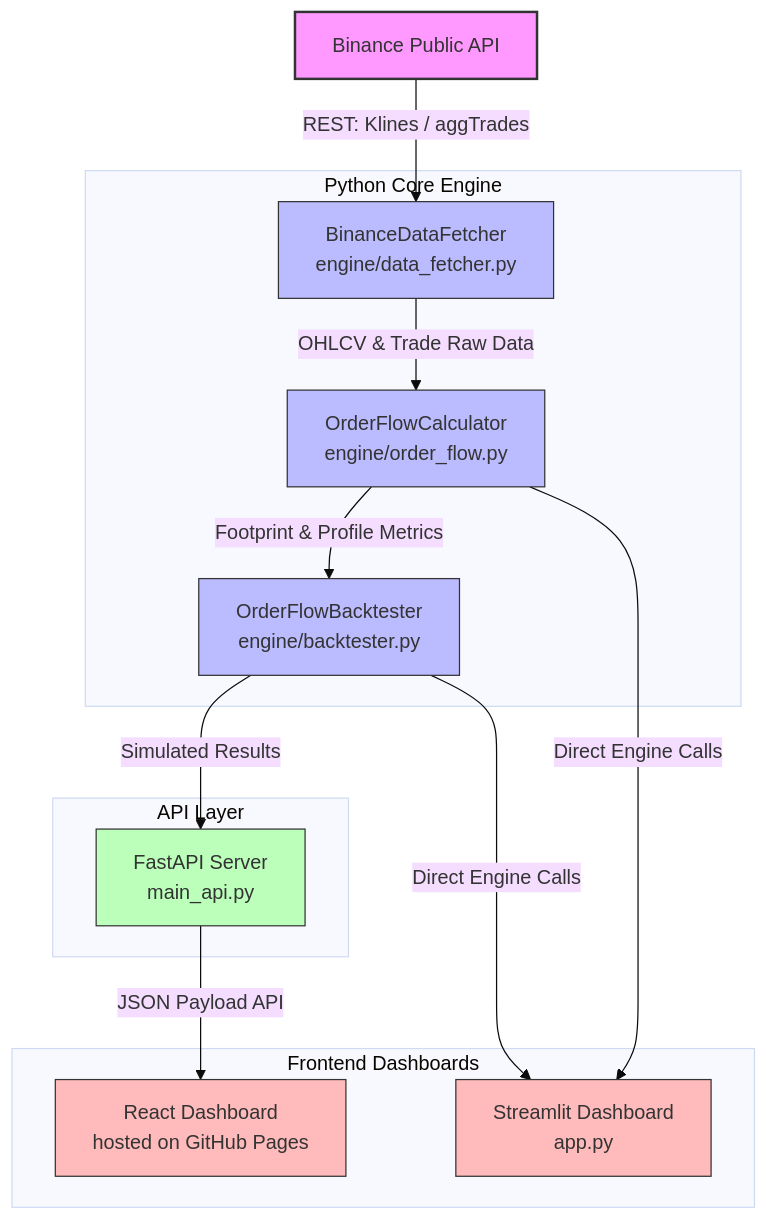
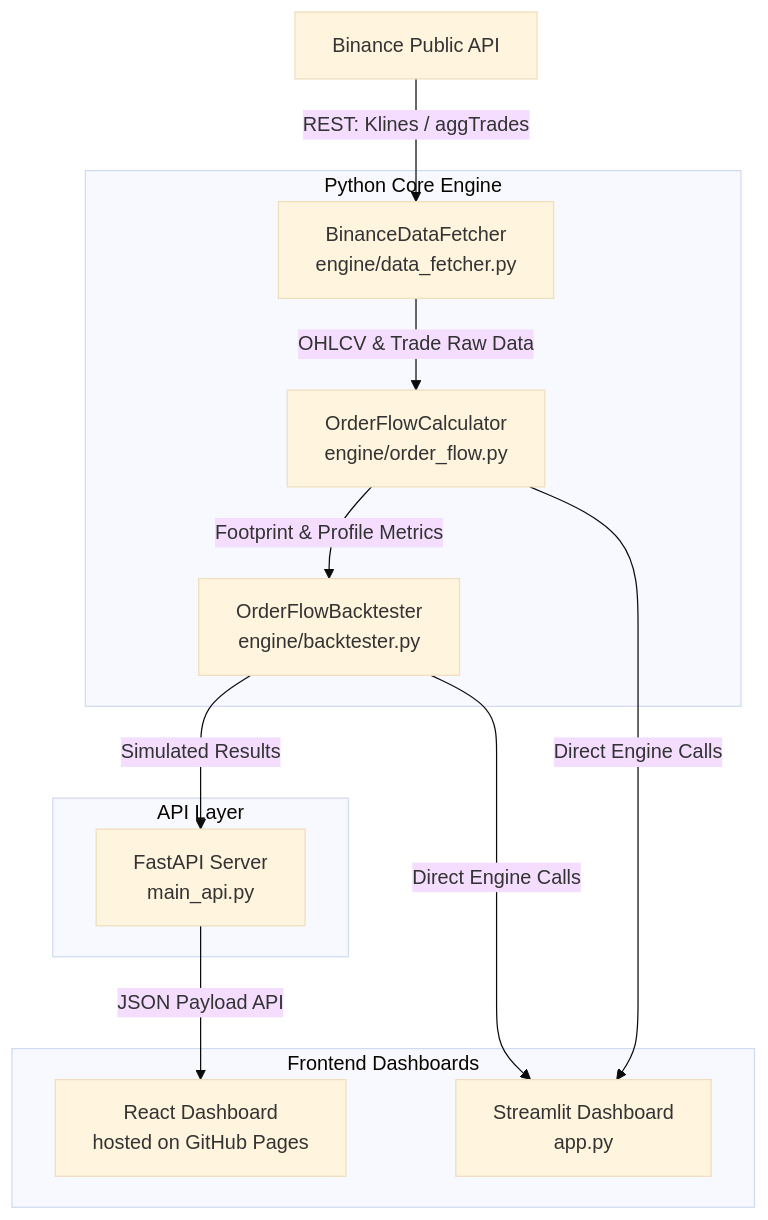
One commit to TabAh007/order-flow-trading-suite changed the diagram in README.md. Above: the diagram before and after it, drawn with Mermaid (base theme).

Commit message:
Improve Mermaid diagram design and contrast for readability

````diff
--- a/README.md
+++ b/README.md
@@ -38,33 +38,28 @@
 ```mermaid
 flowchart TD
-    classDef external fill:#f9f,stroke:#333,stroke-width:2px;
-    classDef engine fill:#bbf,stroke:#333,stroke-width:1px;
-    classDef api fill:#bfb,stroke:#333,stroke-width:1px;
-    classDef ui fill:#fbb,stroke:#333,stroke-width:1px;
-
-    Binance[Binance Public API]:::external
+    Binance[Binance Public API]
     
     subgraph BackendEngine [Python Core Engine]
-        Fetcher[BinanceDataFetcher\nengine/data_fetcher.py]:::engine
-        Calculator[OrderFlowCalculator\nengine/order_flow.py]:::engine
-        Backtester[OrderFlowBacktester\nengine/backtester.py]:::engine
+        Fetcher[BinanceDataFetcher<br>engine/data_fetcher.py]
+        Calculator[OrderFlowCalculator<br>engine/order_flow.py]
+        Backtester[OrderFlowBacktester<br>engine/backtester.py]
     end
 
     subgraph Server [API Layer]
-        FastAPI[FastAPI Server\nmain_api.py]:::api
+        FastAPI[FastAPI Server<br>main_api.py]
     end
 
     subgraph Clients [Frontend Dashboards]
-        ReactDash[React Dashboard\nhosted on GitHub Pages]:::ui
-        StreamlitDash[Streamlit Dashboard\napp.py]:::ui
+        ReactDash[React Dashboard<br>hosted on GitHub Pages]
+        StreamlitDash[Streamlit Dashboard<br>app.py]
     end
 
     %% Data flow mapping
     Binance -->|REST: Klines / aggTrades| Fetcher
     Fetcher -->|OHLCV & Trade Raw Data| Calculator
     Calculator -->|Footprint & Profile Metrics| Backtester
     Backtester -->|Simulated Results| FastAPI
     FastAPI -->|JSON Payload API| ReactDash
     Calculator -->|Direct Engine Calls| StreamlitDash
     Backtester -->|Direct Engine Calls| StreamlitDash
 ```
````
